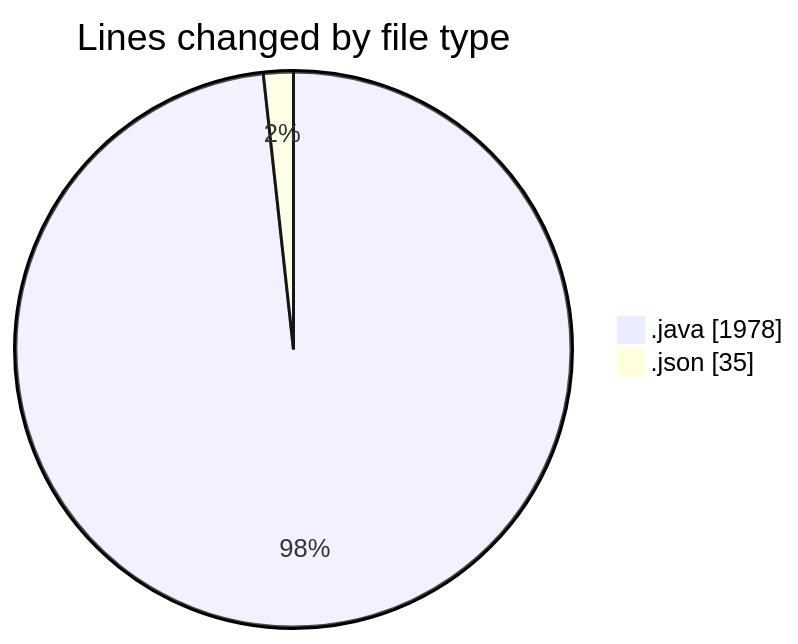
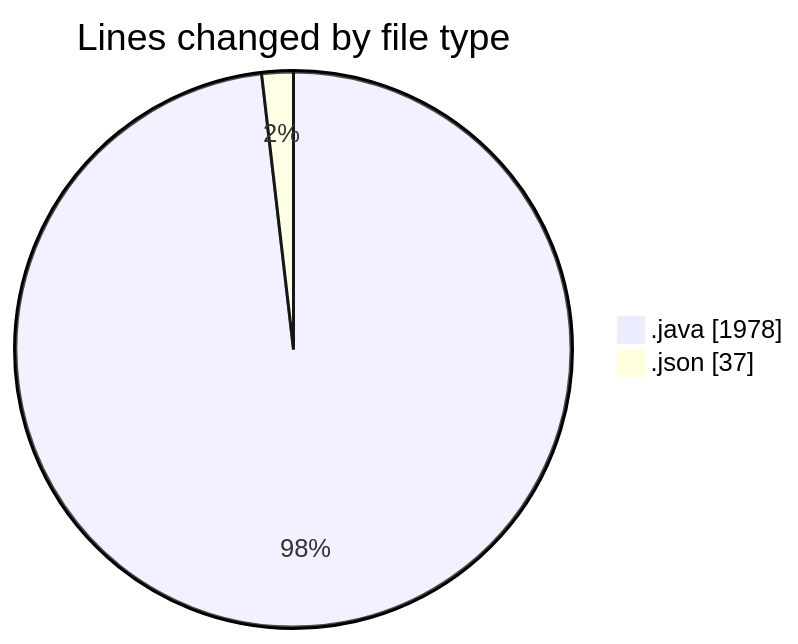
The first of 2 diagrams in 2026-04-23/cilapp/README.md (ricardozamudiocil/code-tracking), drawn with Mermaid before and after one commit. The commit also changed other lines of this file and 1 other file, not shown here.

````diff
--- a/2026-04-23/cilapp/README.md
+++ b/2026-04-23/cilapp/README.md
@@ -31,6 +31,6 @@
 ```mermaid
 pie showData
 title Lines changed by file type
 ".java" : 1978
-".json" : 35
+".json" : 37
 ```
````
